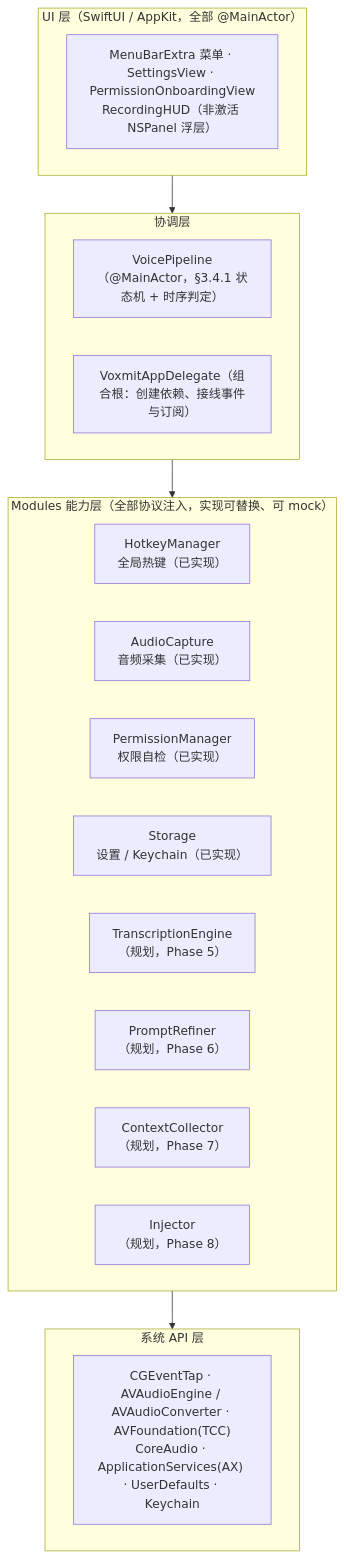
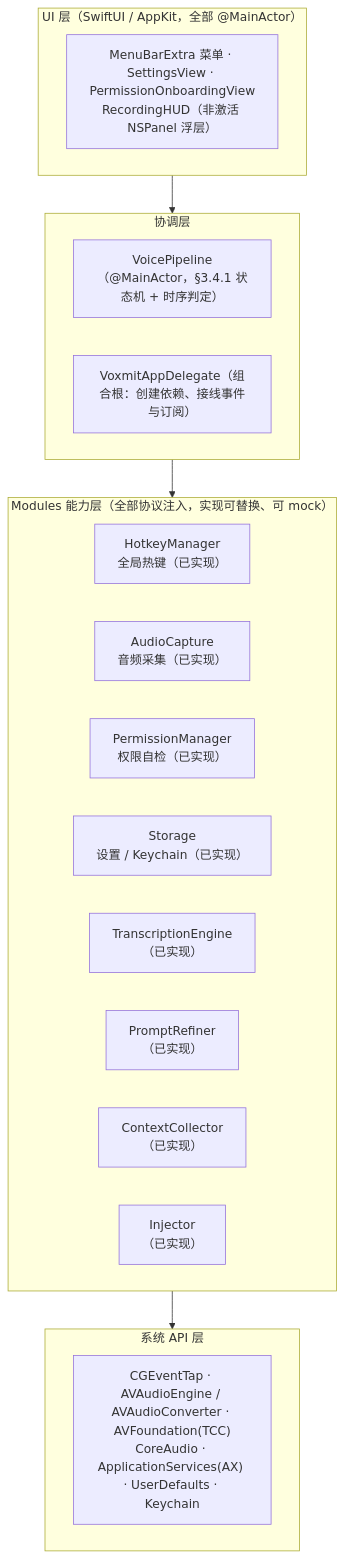
One commit to scottli139/voxmit changed the first of 4 diagrams in docs/ARCHITECTURE.md. Above: the diagram before and after it, drawn with Mermaid. The commit also changed other lines of this file and 4 other files, not shown here.

````diff
--- a/docs/ARCHITECTURE.md
+++ b/docs/ARCHITECTURE.md
@@ -31,26 +31,26 @@
 ```mermaid
 flowchart TB
     subgraph UI["UI 层（SwiftUI / AppKit，全部 @MainActor）"]
         U["MenuBarExtra 菜单 · SettingsView · PermissionOnboardingView<br>RecordingHUD（非激活 NSPanel 浮层）"]
     end
     subgraph COORD["协调层"]
         VP["VoicePipeline（@MainActor，§3.4.1 状态机 + 时序判定）"]
         AD["VoxmitAppDelegate（组合根：创建依赖、接线事件与订阅）"]
     end
     subgraph CAP["Modules 能力层（全部协议注入，实现可替换、可 mock）"]
         HK["HotkeyManager<br>全局热键（已实现）"]
         AC["AudioCapture<br>音频采集（已实现）"]
         PM["PermissionManager<br>权限自检（已实现）"]
         ST["Storage<br>设置 / Keychain（已实现）"]
-        TE["TranscriptionEngine<br>（规划，Phase 5）"]
-        PR["PromptRefiner<br>（规划，Phase 6）"]
-        CC["ContextCollector<br>（规划，Phase 7）"]
-        IJ["Injector<br>（规划，Phase 8）"]
+        TE["TranscriptionEngine<br>（已实现）"]
+        PR["PromptRefiner<br>（已实现）"]
+        CC["ContextCollector<br>（已实现）"]
+        IJ["Injector<br>（已实现）"]
     end
     subgraph SYS["系统 API 层"]
         SA["CGEventTap · AVAudioEngine / AVAudioConverter · AVFoundation(TCC)<br>CoreAudio · ApplicationServices(AX) · UserDefaults · Keychain"]
     end
     UI --> COORD
     COORD --> CAP
     CAP --> SYS
 ```
````
